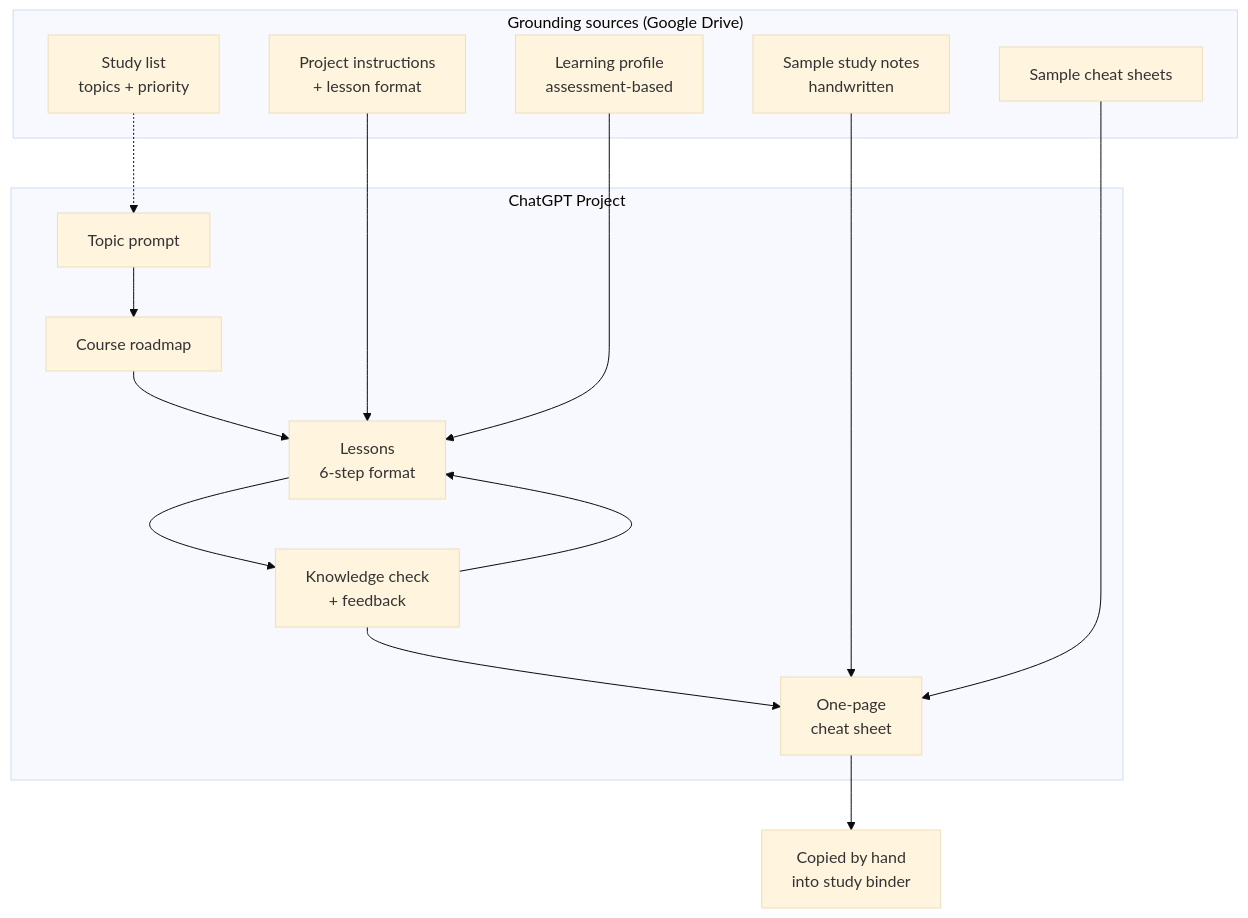
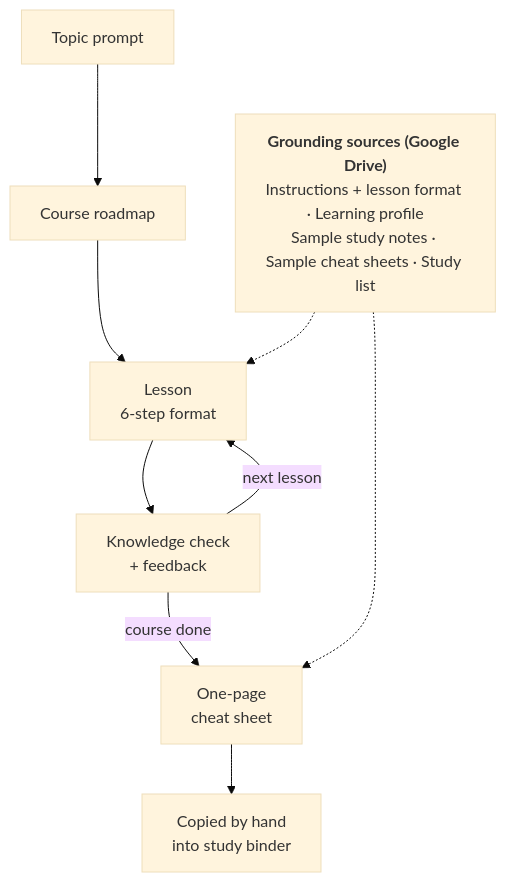
The diagram in README.md (kevinterrier43-byte/personal-ai-educator), drawn with Mermaid (base theme) before and after one commit.

Commit message:
Simplify architecture diagram

````diff
--- a/README.md
+++ b/README.md
@@ -50,25 +50,12 @@
 ```mermaid
 flowchart TB
-    subgraph Sources["Grounding sources (Google Drive)"]
-        I[Project instructions<br/>+ lesson format]
-        P[Learning profile<br/>assessment-based]
-        N[Sample study notes<br/>handwritten]
-        C[Sample cheat sheets]
-        L[Study list<br/>topics + priority]
-    end
-
-    subgraph Educator["ChatGPT Project"]
-        T[Topic prompt] --> R[Course roadmap]
-        R --> LS[Lessons<br/>6-step format]
-        LS --> K[Knowledge check<br/>+ feedback]
-        K --> LS
-        K --> CS[One-page<br/>cheat sheet]
-    end
-
-    I --> LS
-    P --> LS
-    N --> CS
-    C --> CS
-    L -.-> T
+    S["<b>Grounding sources (Google Drive)</b><br/>Instructions + lesson format · Learning profile<br/>Sample study notes · Sample cheat sheets · Study list"]
+    T[Topic prompt] --> R[Course roadmap]
+    R --> LS[Lesson<br/>6-step format]
+    LS --> K[Knowledge check<br/>+ feedback]
+    K -->|next lesson| LS
+    K -->|course done| CS[One-page<br/>cheat sheet]
     CS --> H[Copied by hand<br/>into study binder]
+    S -.-> LS
+    S -.-> CS
 ```
````
